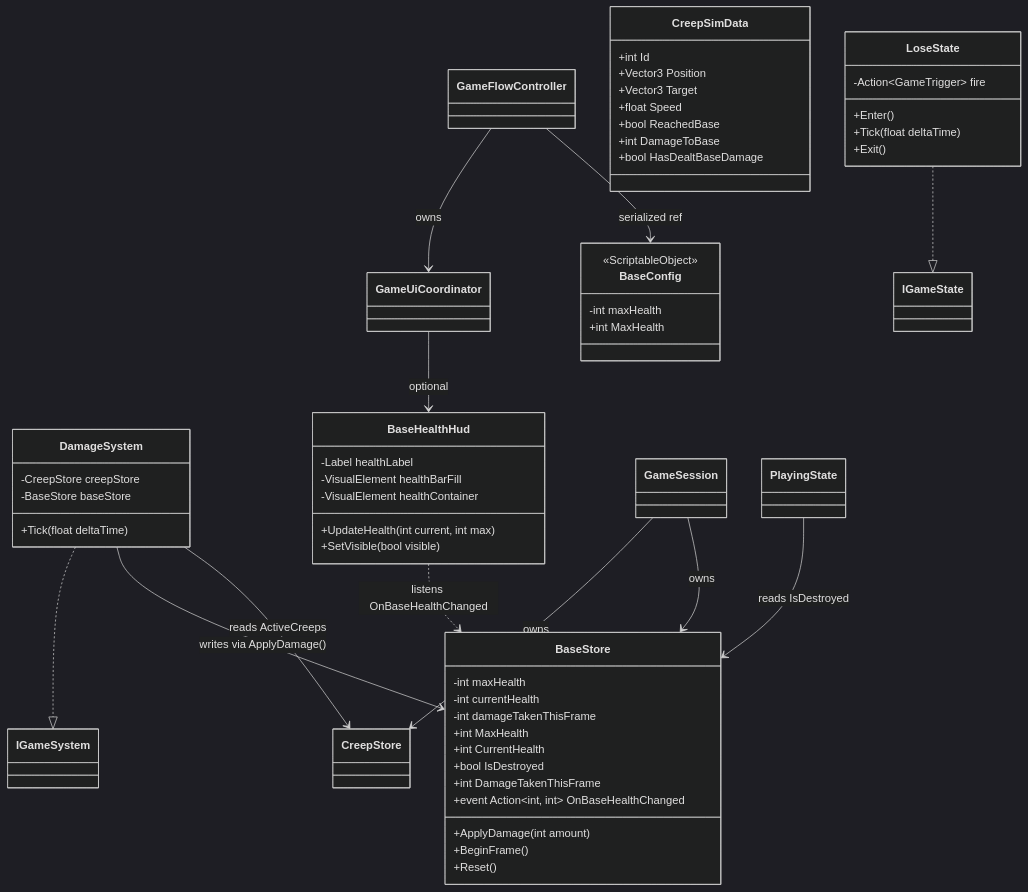
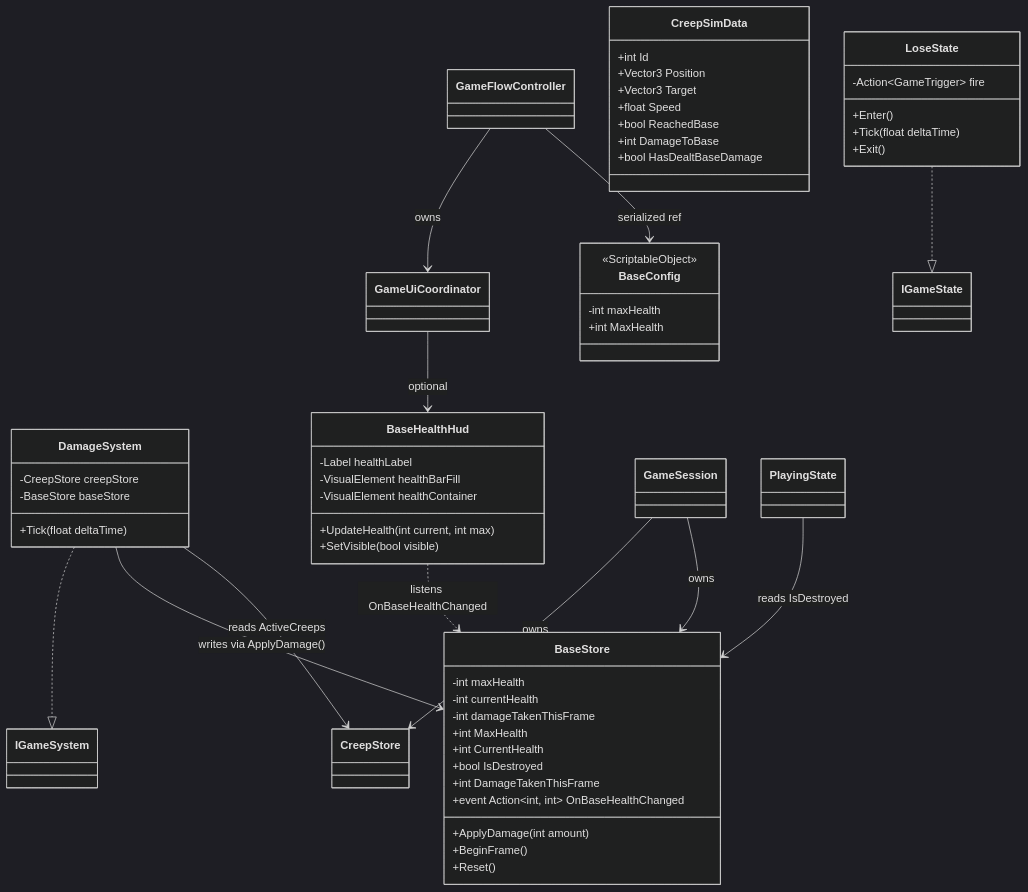
Before and after one commit to Number10Ox/MorlocsTowerDefense: the eighth of 17 diagrams in Docs/Architecture-Diagrams.md, drawn with Mermaid (dark theme). The commit also changed other lines of this file and 53 other files, not shown here.

````diff
--- a/Docs/Architecture-Diagrams.md
+++ b/Docs/Architecture-Diagrams.md
@@ -565,65 +575,65 @@
 ```mermaid
 classDiagram
     class BaseStore {
         -int maxHealth
         -int currentHealth
         -int damageTakenThisFrame
         +int MaxHealth
         +int CurrentHealth
         +bool IsDestroyed
         +int DamageTakenThisFrame
-        +event Action~int‚ int~ OnBaseHealthChanged
+        +event Action~int, int~ OnBaseHealthChanged
         +ApplyDamage(int amount)
         +BeginFrame()
         +Reset()
     }
 
     class DamageSystem {
         -CreepStore creepStore
         -BaseStore baseStore
         +Tick(float deltaTime)
     }
 
     class LoseState {
         -Action~GameTrigger~ fire
         +Enter()
         +Tick(float deltaTime)
         +Exit()
     }
 
     class BaseConfig {
         <<ScriptableObject>>
         -int maxHealth
         +int MaxHealth
     }
 
     class BaseHealthHud {
         -Label healthLabel
         -VisualElement healthBarFill
         -VisualElement healthContainer
-        +UpdateHealth(int current‚ int max)
+        +UpdateHealth(int current, int max)
         +SetVisible(bool visible)
     }
 
     class CreepSimData {
         +int Id
         +Vector3 Position
         +Vector3 Target
         +float Speed
         +bool ReachedBase
         +int DamageToBase
         +bool HasDealtBaseDamage
     }
 
     GameSession --> BaseStore : owns
     GameSession --> CreepStore : owns
     DamageSystem --> CreepStore : reads ActiveCreeps
     DamageSystem --> BaseStore : writes via ApplyDamage()
     DamageSystem ..|> IGameSystem
     LoseState ..|> IGameState
     PlayingState --> BaseStore : reads IsDestroyed
     BaseHealthHud ..> BaseStore : listens OnBaseHealthChanged
     GameFlowController --> BaseConfig : serialized ref
     GameFlowController --> GameUiCoordinator : owns
     GameUiCoordinator --> BaseHealthHud : optional
 ```
````
